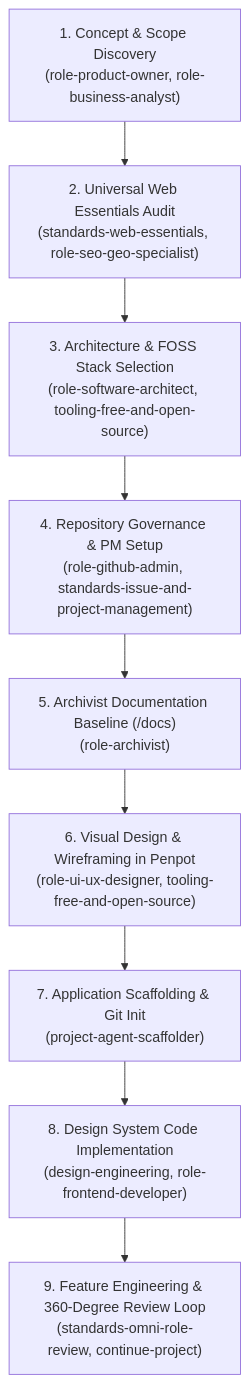
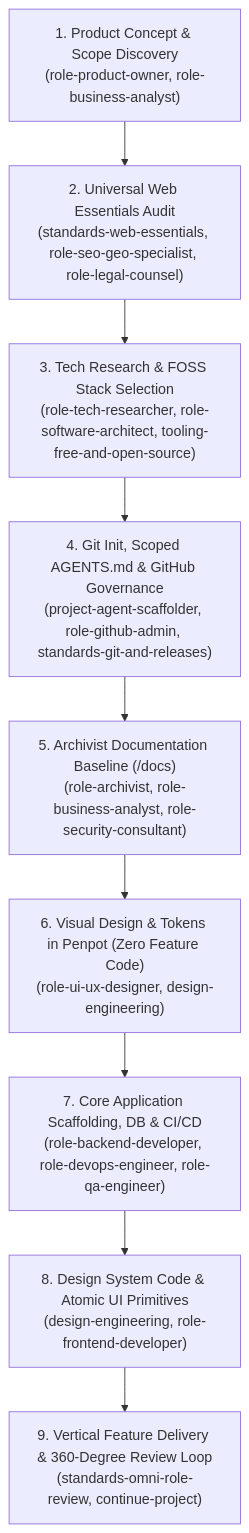
One commit to michalpmoroz/project-lifecycle-skills changed the diagram in init-project/SKILL.md. Above: the diagram before and after it, drawn with Mermaid. The commit also changed other lines of this file and 70 other files, not shown here.

````diff
--- a/init-project/SKILL.md
+++ b/init-project/SKILL.md
@@ -15,11 +24,11 @@
 ```mermaid
 flowchart TD
-    S1["1. Concept & Scope Discovery<br/>(role-product-owner, role-business-analyst)"] --> S2["2. Universal Web Essentials Audit<br/>(standards-web-essentials, role-seo-geo-specialist)"]
-    S2 --> S3["3. Architecture & FOSS Stack Selection<br/>(role-software-architect, tooling-free-and-open-source)"]
-    S3 --> S4["4. Repository Governance & PM Setup<br/>(role-github-admin, standards-issue-and-project-management)"]
-    S4 --> S5["5. Archivist Documentation Baseline (/docs)<br/>(role-archivist)"]
-    S5 --> S6["6. Visual Design & Wireframing in Penpot<br/>(role-ui-ux-designer, tooling-free-and-open-source)"]
-    S6 --> S7["7. Application Scaffolding & Git Init<br/>(project-agent-scaffolder)"]
-    S7 --> S8["8. Design System Code Implementation<br/>(design-engineering, role-frontend-developer)"]
-    S8 --> S9["9. Feature Engineering & 360-Degree Review Loop<br/>(standards-omni-role-review, continue-project)"]
+    S1["1. Product Concept & Scope Discovery<br/>(role-product-owner, role-business-analyst)"] --> S2["2. Universal Web Essentials Audit<br/>(standards-web-essentials, role-seo-geo-specialist, role-legal-counsel)"]
+    S2 --> S3["3. Tech Research & FOSS Stack Selection<br/>(role-tech-researcher, role-software-architect, tooling-free-and-open-source)"]
+    S3 --> S4["4. Git Init, Scoped AGENTS.md & GitHub Governance<br/>(project-agent-scaffolder, role-github-admin, standards-git-and-releases)"]
+    S4 --> S5["5. Archivist Documentation Baseline (/docs)<br/>(role-archivist, role-business-analyst, role-security-consultant)"]
+    S5 --> S6["6. Visual Design & Tokens in Penpot (Zero Feature Code)<br/>(role-ui-ux-designer, design-engineering)"]
+    S6 --> S7["7. Core Application Scaffolding, DB & CI/CD<br/>(role-backend-developer, role-devops-engineer, role-qa-engineer)"]
+    S7 --> S8["8. Design System Code & Atomic UI Primitives<br/>(design-engineering, role-frontend-developer)"]
+    S8 --> S9["9. Vertical Feature Delivery & 360-Degree Review Loop<br/>(standards-omni-role-review, continue-project)"]
 ```
````
